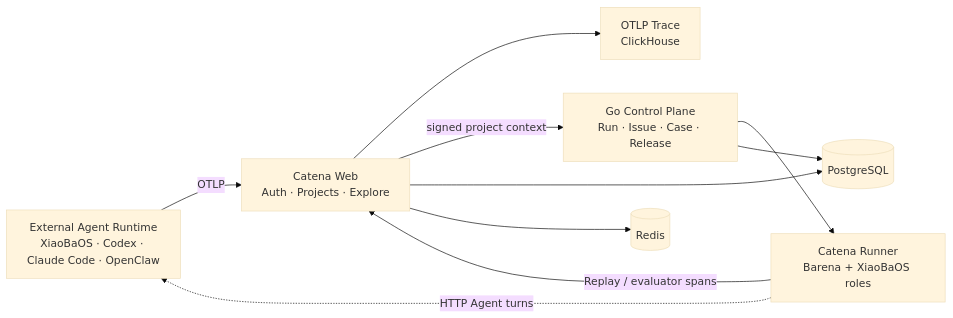
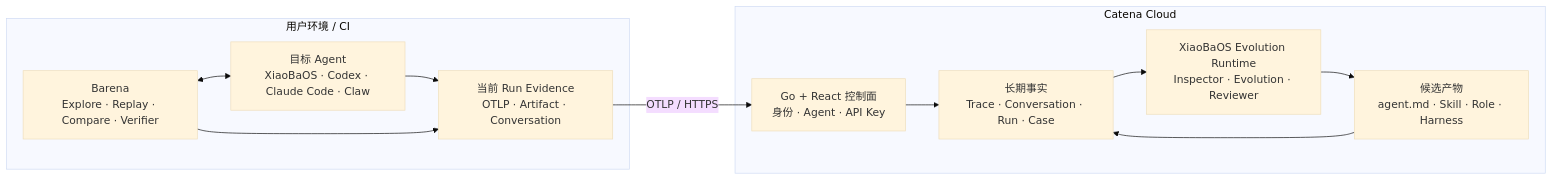
One commit to fightheyyy/CATENA changed the diagram in README.md. Above: the diagram before and after it, drawn with Mermaid (base theme). The commit also changed other lines of this file and 97 other files, not shown here.

Commit message:
Ship Catena trace evolution beta

````diff
--- a/README.md
+++ b/README.md
@@ -43,20 +35,22 @@
 ```mermaid
 flowchart LR
-    Runtime["External Agent Runtime<br/>XiaoBaOS · Codex · Claude Code · OpenClaw"]
-    Web["Catena Web<br/>Auth · Projects · Explore"]
-    Trace["OTLP Trace<br/>ClickHouse"]
-    Core["Go Control Plane<br/>Run · Issue · Case · Release"]
-    Runner["Catena Runner<br/>Barena + XiaoBaOS roles"]
-    DB[("PostgreSQL")]
-    Queue[("Redis")]
+    subgraph Edge["用户环境 / CI"]
+        Agent["目标 Agent<br/>XiaoBaOS · Codex · Claude Code · Claw"]
+        Barena["Barena<br/>Explore · Replay · Compare · Verifier"]
+        Evidence["当前 Run Evidence<br/>OTLP · Artifact · Conversation"]
+        Barena <--> Agent
+        Agent --> Evidence
+        Barena --> Evidence
+    end
 
-    Runtime -- "OTLP" --> Web
-    Web --> Trace
-    Web -- "signed project context" --> Core
-    Core --> Runner
-    Core --> DB
-    Web --> DB
-    Web --> Queue
-    Runner -- "Replay / evaluator spans" --> Web
-    Runner -. "HTTP Agent turns" .-> Runtime
+    subgraph Cloud["Catena Cloud"]
+        Core["Go + React 控制面<br/>身份 · Agent · API Key"]
+        Facts["长期事实<br/>Trace · Conversation · Run · Case"]
+        Runtime["XiaoBaOS Evolution Runtime<br/>Inspector · Evolution · Reviewer"]
+        Assets["候选产物<br/>agent.md · Skill · Role · Harness"]
+        Core --> Facts --> Runtime --> Assets
+        Assets --> Facts
+    end
+
+    Evidence -->|"OTLP / HTTPS"| Core
 ```
````
